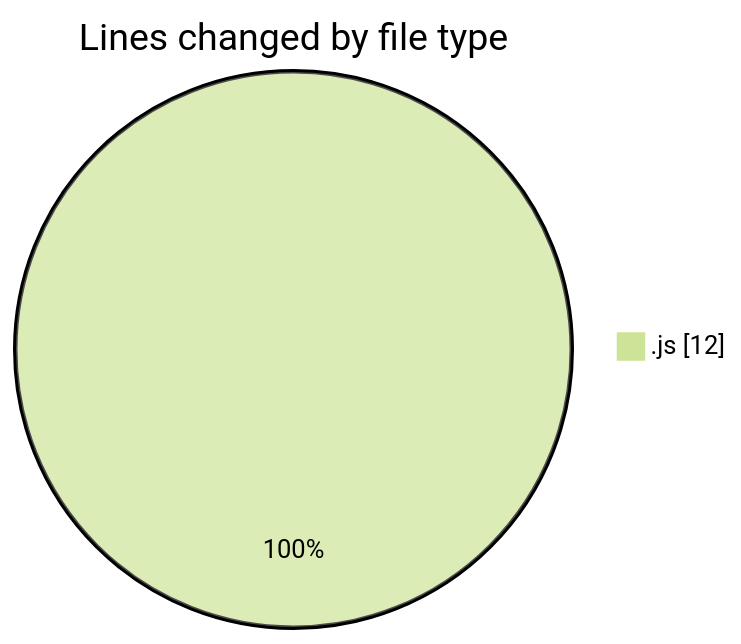
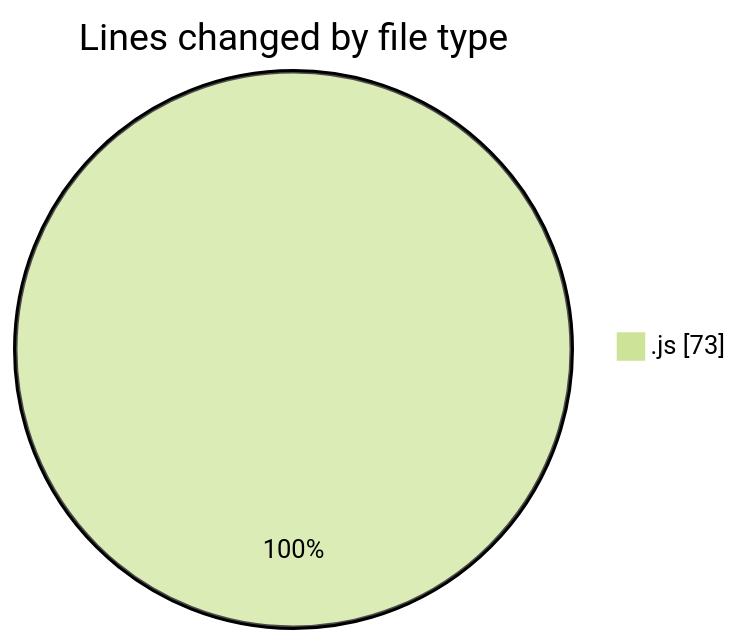
One commit to momahboobian/code-tracking changed the first of 2 diagrams in 2026-03-12/cda/README.md. Above: the diagram before and after it, drawn with Mermaid (forest theme). The commit also changed other lines of this file and 1 other file, not shown here.

````diff
--- a/2026-03-12/cda/README.md
+++ b/2026-03-12/cda/README.md
@@ -20,5 +22,5 @@
 ```mermaid
 pie showData
 title Lines changed by file type
-".js" : 12
+".js" : 73
 ```
````
